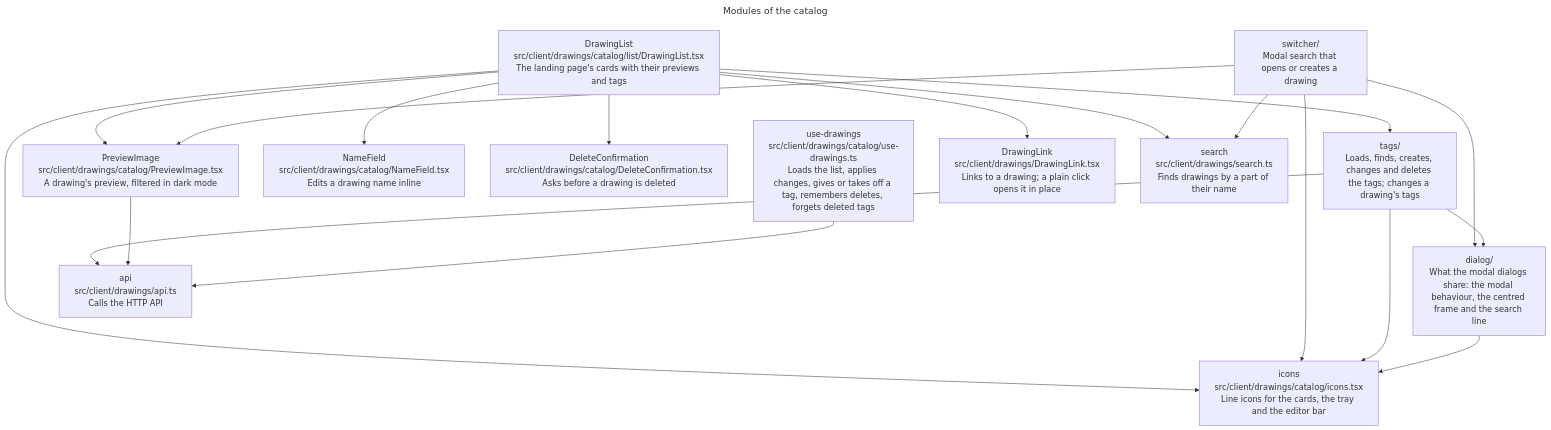
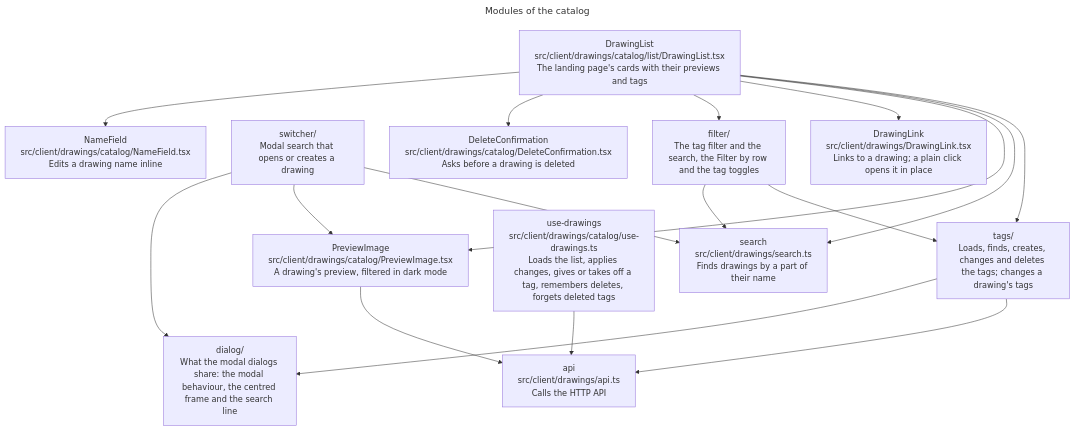
The seventh of 11 diagrams in docs/architecture/architecture.md (remshams/excalidraw-dashboard), drawn with Mermaid before and after one commit. The commit also changed other lines of this file and 1 other file, not shown here.

Commit message:
docs(Architecture): describe the tag filter, the Filter by row and the search state in App

````diff
--- a/docs/architecture/architecture.md
+++ b/docs/architecture/architecture.md
@@ -219,24 +224,24 @@
 ```mermaid
 ---
 title: Modules of the catalog
 ---
 flowchart TD
     list["DrawingList<br>src/client/drawings/catalog/list/DrawingList.tsx<br>The landing page's cards with their previews and tags"]:::module
+    filter["filter/<br>The tag filter and the search, the Filter by row and the tag toggles"]:::group
     switcher["switcher/<br>Modal search that opens or creates a drawing"]:::group
     tags["tags/<br>Loads, finds, creates, changes and deletes the tags; changes a drawing's tags"]:::group
     previewImage["PreviewImage<br>src/client/drawings/catalog/PreviewImage.tsx<br>A drawing's preview, filtered in dark mode"]:::module
     name["NameField<br>src/client/drawings/catalog/NameField.tsx<br>Edits a drawing name inline"]:::module
     confirm["DeleteConfirmation<br>src/client/drawings/catalog/DeleteConfirmation.tsx<br>Asks before a drawing is deleted"]:::module
-    icons["icons<br>src/client/drawings/catalog/icons.tsx<br>Line icons for the cards, the tray and the editor bar"]:::module
     drawings["use-drawings<br>src/client/drawings/catalog/use-drawings.ts<br>Loads the list, applies changes, gives or takes off a tag, remembers deletes, forgets deleted tags"]:::module
     dialog["dialog/<br>What the modal dialogs share: the modal behaviour, the centred frame and the search line"]:::group
     link["DrawingLink<br>src/client/drawings/DrawingLink.tsx<br>Links to a drawing; a plain click opens it in place"]:::module
     api["api<br>src/client/drawings/api.ts<br>Calls the HTTP API"]:::module
     search["search<br>src/client/drawings/search.ts<br>Finds drawings by a part of their name"]:::module
-    list --> name & confirm & icons & link & previewImage & search & tags
-    switcher --> icons & dialog & previewImage & search
-    tags --> icons & dialog & api
-    dialog --> icons
+    list --> name & confirm & filter & link & previewImage & search & tags
+    filter --> search & tags
+    switcher --> dialog & previewImage & search
+    tags --> dialog & api
     previewImage --> api
     drawings --> api
 ```
````
